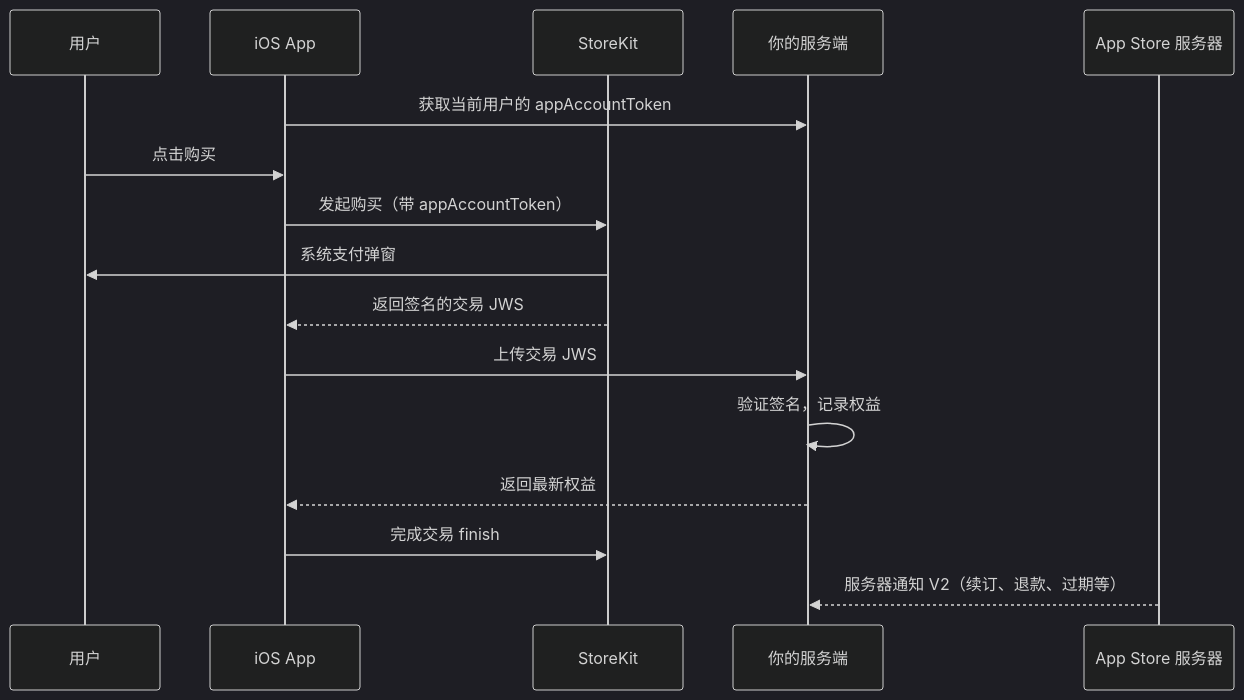
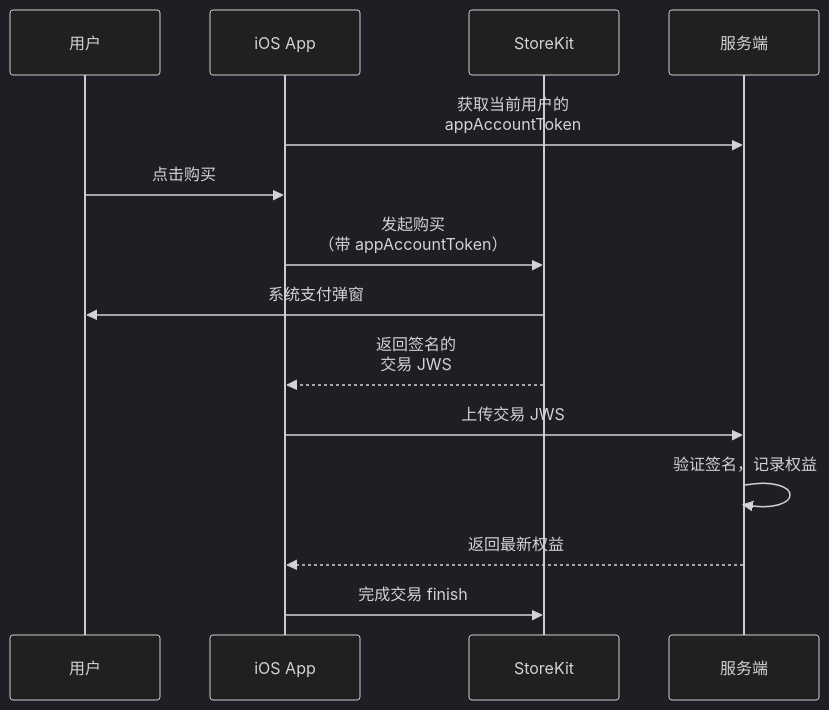
The second of 3 diagrams in books/pricing-monetization/06-app-store-iap.md (jarvis-pro/hatch-shelf), drawn with Mermaid (dark theme) before and after one commit. The commit also changed other lines of this file and 432 other files, not shown here.

````diff
--- a/books/pricing-monetization/06-app-store-iap.md
+++ b/books/pricing-monetization/06-app-store-iap.md
@@ -90,18 +93,16 @@
 ```mermaid
 sequenceDiagram
   participant U as 用户
   participant App as iOS App
   participant SK as StoreKit
-  participant S as 你的服务端
-  participant A as App Store 服务器
-  App->>S: 获取当前用户的 appAccountToken
+  participant S as 服务端
+  App->>S: 获取当前用户的<br/>appAccountToken
   U->>App: 点击购买
-  App->>SK: 发起购买（带 appAccountToken）
+  App->>SK: 发起购买<br/>（带 appAccountToken）
   SK->>U: 系统支付弹窗
-  SK-->>App: 返回签名的交易 JWS
+  SK-->>App: 返回签名的<br/>交易 JWS
   App->>S: 上传交易 JWS
   S->>S: 验证签名，记录权益
   S-->>App: 返回最新权益
   App->>SK: 完成交易 finish
-  A-->>S: 服务器通知 V2（续订、退款、过期等）
 ```
````
